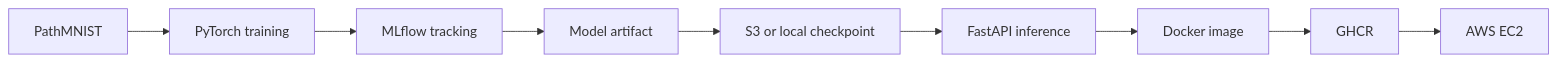
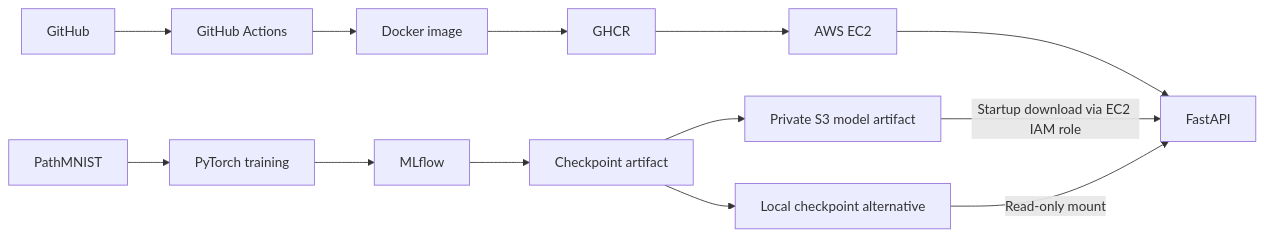
The diagram in README.md (nak224/production-medvision-api), drawn with Mermaid before and after one commit. The commit also changed other lines of this file and 2 other files, not shown here.

Commit message:
Polish portfolio README and organize deployment and training docs

````diff
--- a/README.md
+++ b/README.md
@@ -14,11 +36,16 @@
 ```mermaid
 flowchart LR
-    A[PathMNIST] --> B[PyTorch training]
-    B --> C[MLflow tracking]
-    C --> D[Model artifact]
-    D --> E[S3 or local checkpoint]
-    E --> F[FastAPI inference]
-    F --> G[Docker image]
-    G --> H[GHCR]
-    H --> I[AWS EC2]
+    Data[PathMNIST] --> Train[PyTorch training]
+    Train --> Tracking[MLflow]
+    Tracking --> Checkpoint[Checkpoint artifact]
+    Checkpoint --> S3[Private S3 model artifact]
+    Checkpoint --> Local[Local checkpoint alternative]
+
+    GitHub[GitHub] --> CI[GitHub Actions]
+    CI --> Image[Docker image]
+    Image --> Registry[GHCR]
+    Registry --> EC2[AWS EC2]
+    EC2 --> API[FastAPI]
+    S3 -->|Startup download via EC2 IAM role| API
+    Local -->|Read-only mount| API
 ```
````
